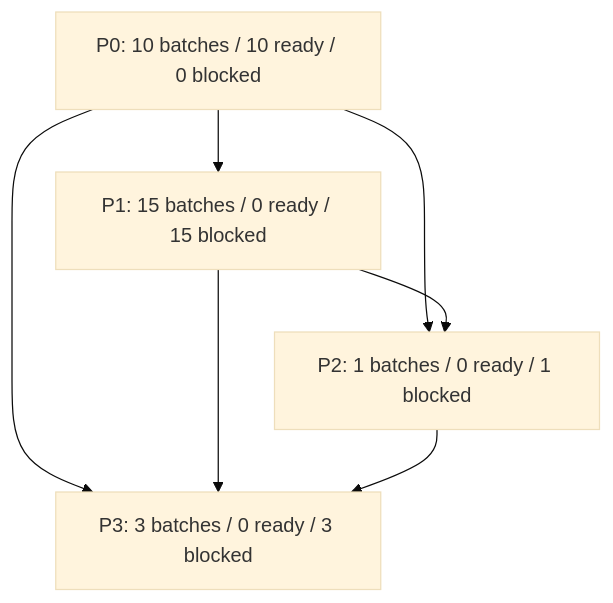
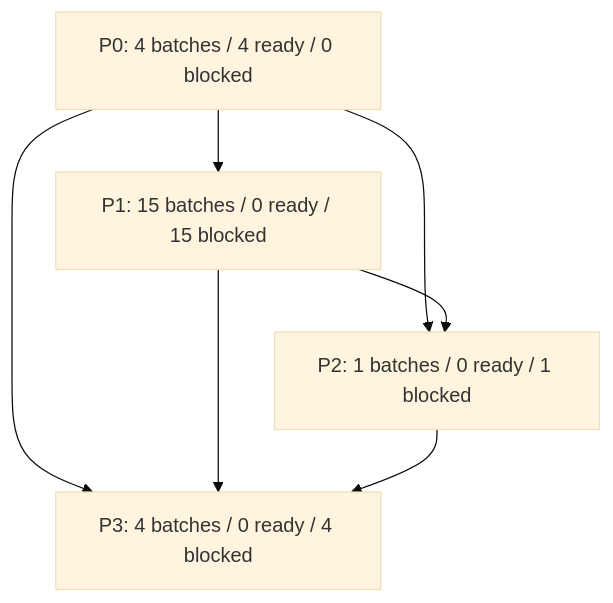
Before and after one commit to Elexvx/Lumira: the first of 2 diagrams in artifacts/ddd/release/release-action-dependency-graph.md, drawn with Mermaid (base theme). The commit also changed other lines of this file and 1932 other files, not shown here.

````diff
--- a/artifacts/ddd/release/release-action-dependency-graph.md
+++ b/artifacts/ddd/release/release-action-dependency-graph.md
@@ -21,13 +21,13 @@
 ```mermaid
 flowchart TD
-  p_P0["P0: 10 batches / 10 ready / 0 blocked"]
+  p_P0["P0: 4 batches / 4 ready / 0 blocked"]
   p_P1["P1: 15 batches / 0 ready / 15 blocked"]
   p_P2["P2: 1 batches / 0 ready / 1 blocked"]
-  p_P3["P3: 3 batches / 0 ready / 3 blocked"]
+  p_P3["P3: 4 batches / 0 ready / 4 blocked"]
   p_P0 --> p_P1
   p_P0 --> p_P2
   p_P0 --> p_P3
   p_P1 --> p_P2
   p_P1 --> p_P3
   p_P2 --> p_P3
 ```
````
